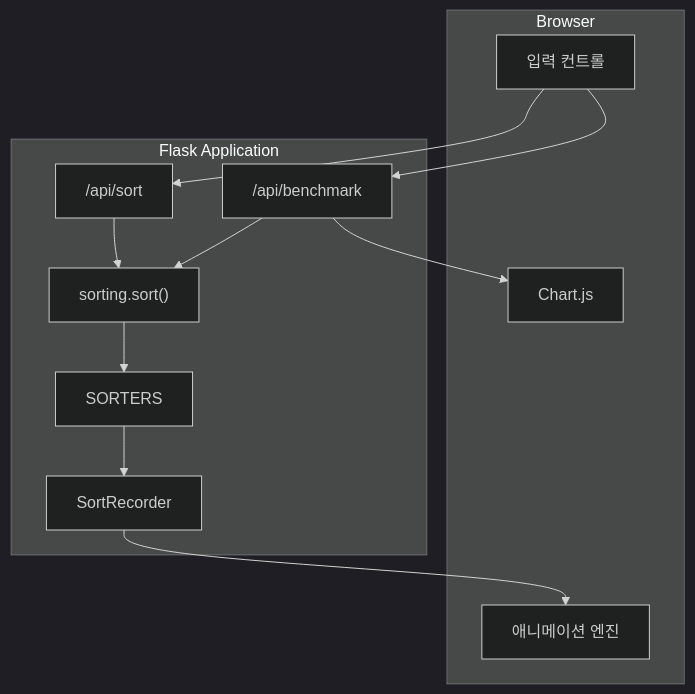
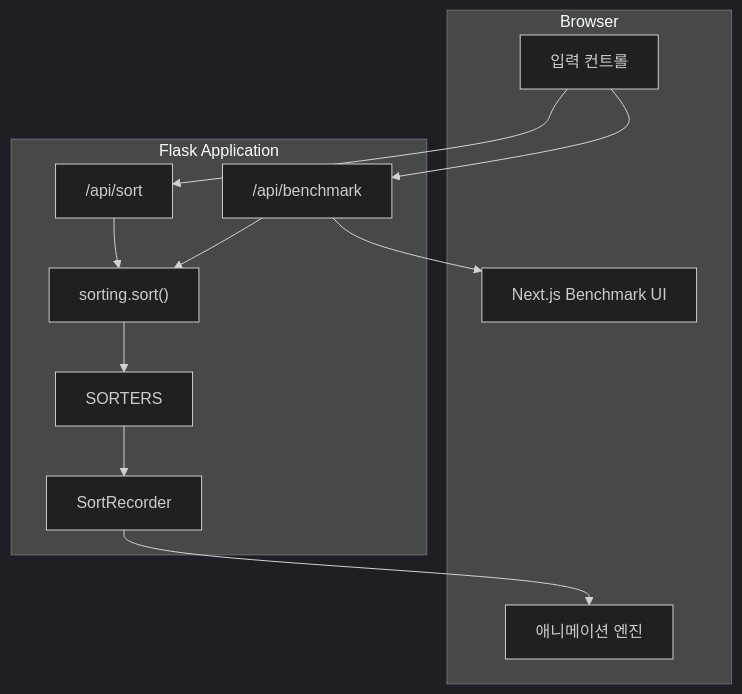
Before and after one commit to leejj1345/SortingAlgorithmVisualizer: the first of 5 diagrams in docs/TECHNICAL_GUIDE.md, drawn with Mermaid (dark theme). The commit also changed other lines of this file and 30 other files, not shown here.

````diff
--- a/docs/TECHNICAL_GUIDE.md
+++ b/docs/TECHNICAL_GUIDE.md
@@ -16,25 +16,25 @@
 ```mermaid
 flowchart TB
     subgraph Browser["Browser"]
         UI["입력 컨트롤"]
         AN["애니메이션 엔진"]
-        CH["Chart.js"]
+        CH["Next.js Benchmark UI"]
     end
 
     subgraph Flask["Flask Application"]
         SORT["/api/sort"]
         BENCH["/api/benchmark"]
         EXEC["sorting.sort()"]
         MAP["SORTERS"]
         REC["SortRecorder"]
     end
 
     UI --> SORT
     UI --> BENCH
     SORT --> EXEC
     BENCH --> EXEC
     EXEC --> MAP
     MAP --> REC
     REC --> AN
     BENCH --> CH
 ```
````
